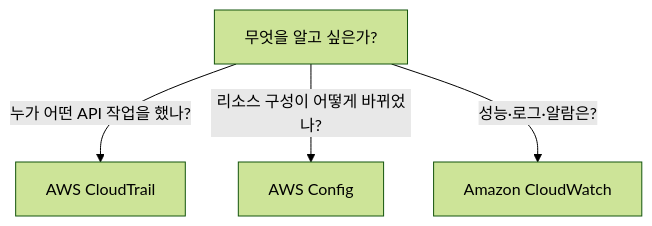
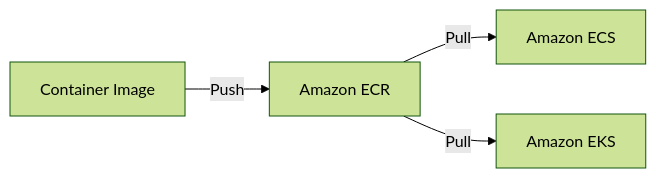
Before and after one commit to noir1458/noir1458.github.io: diagram 18 of 33 in content/posts/02.Security/aws/aws-ccp-2/index.md, drawn with Mermaid (forest theme). The commit also changed other lines of this file and 5 other files, not shown here.

````diff
--- a/content/posts/02.Security/aws/aws-ccp-2/index.md
+++ b/content/posts/02.Security/aws/aws-ccp-2/index.md
@@ -232,7 +1040,6 @@
 ```mermaid
-flowchart TD
-    Q[무엇을 알고 싶은가?]
-    Q -->|누가 어떤 API 작업을 했나?| T[AWS CloudTrail]
-    Q -->|리소스 구성이 어떻게 바뀌었나?| C[AWS Config]
-    Q -->|성능·로그·알람은?| W[Amazon CloudWatch]
+flowchart LR
+    D[Container Image] -->|Push| ECR[Amazon ECR]
+    ECR -->|Pull| ECS[Amazon ECS]
+    ECR -->|Pull| EKS[Amazon EKS]
 ```
````
